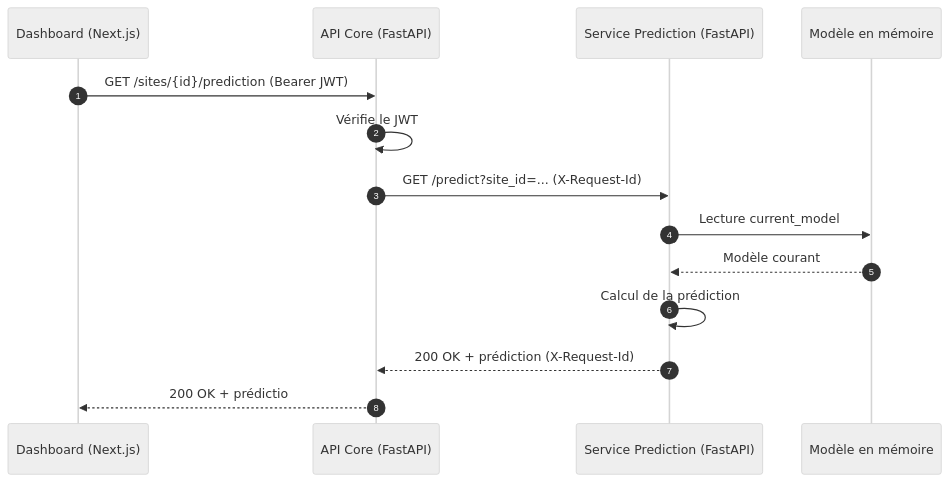
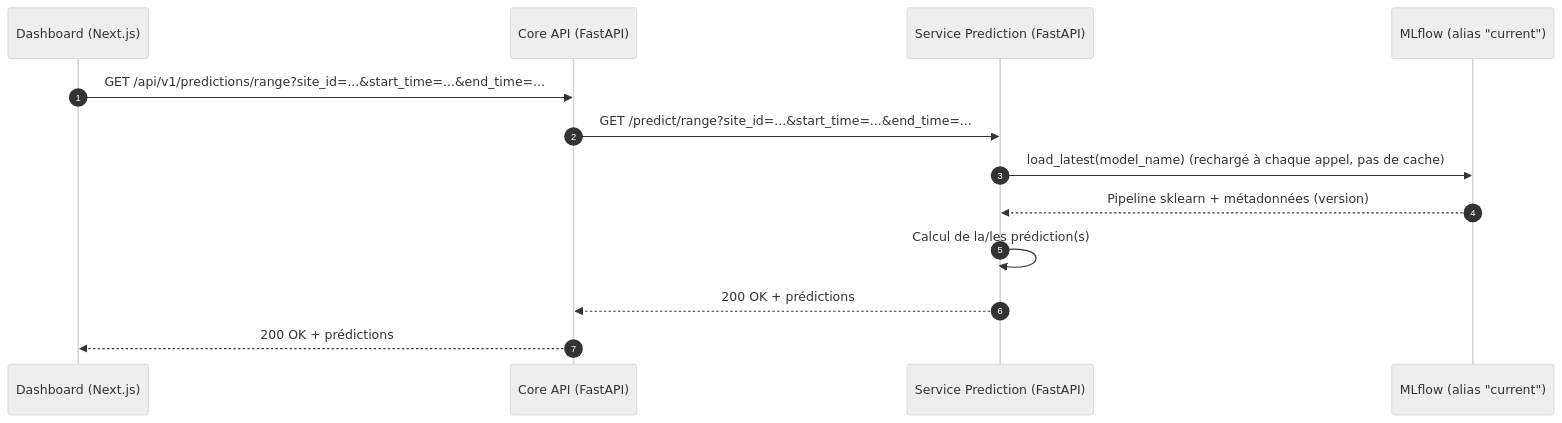
The first of 2 diagrams in docs/seq_predict_call.md (PetitPingu/EnerVision), drawn with Mermaid (neutral theme) before and after one commit. The commit also changed other lines of this file and 27 other files, not shown here.

````diff
--- a/docs/seq_predict_call.md
+++ b/docs/seq_predict_call.md
@@ -7,17 +12,16 @@
 ```mermaid
 sequenceDiagram
     autonumber
     participant Client as Dashboard (Next.js)
-    participant Core as API Core (FastAPI)
+    participant Core as Core API (FastAPI)
     participant Pred as Service Prediction (FastAPI)
-    participant Mem as Modèle en mémoire
- 
-    Client->>Core: GET /sites/{id}/prediction (Bearer JWT)
-    Core->>Core: Vérifie le JWT
-    Core->>Pred: GET /predict?site_id=... (X-Request-Id)
-    Pred->>Mem: Lecture current_model
-    Mem-->>Pred: Modèle courant
-    Pred->>Pred: Calcul de la prédiction
-    Pred-->>Core: 200 OK + prédiction (X-Request-Id)
-    Core-->>Client: 200 OK + prédictio
+    participant MLflow as MLflow (alias "current")
+
+    Client->>Core: GET /api/v1/predictions/range?site_id=...&start_time=...&end_time=...
+    Core->>Pred: GET /predict/range?site_id=...&start_time=...&end_time=...
+    Pred->>MLflow: load_latest(model_name) (rechargé à chaque appel, pas de cache)
+    MLflow-->>Pred: Pipeline sklearn + métadonnées (version)
+    Pred->>Pred: Calcul de la/les prédiction(s)
+    Pred-->>Core: 200 OK + prédictions
+    Core-->>Client: 200 OK + prédictions
 ```
````
